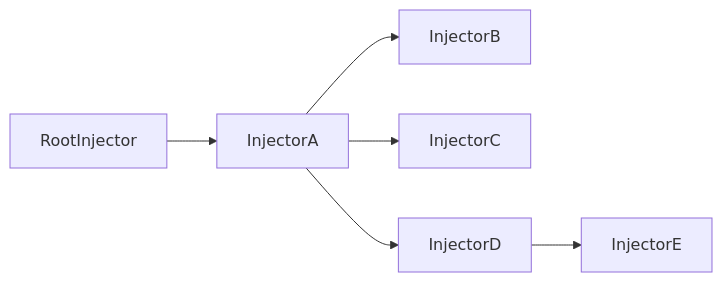
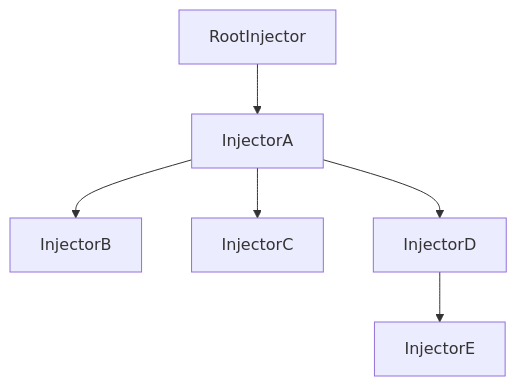
Before and after one commit to joist-framework/joist: the diagram in packages/di/README.md, drawn with Mermaid.

````diff
--- a/packages/di/README.md
+++ b/packages/di/README.md
@@ -156,8 +156,8 @@
 ```mermaid
-graph LR
+graph TD
   RootInjector --> InjectorA;
   InjectorA -->InjectorB;
   InjectorA --> InjectorC;
   InjectorA --> InjectorD;
   InjectorD --> InjectorE;
 ```
````
